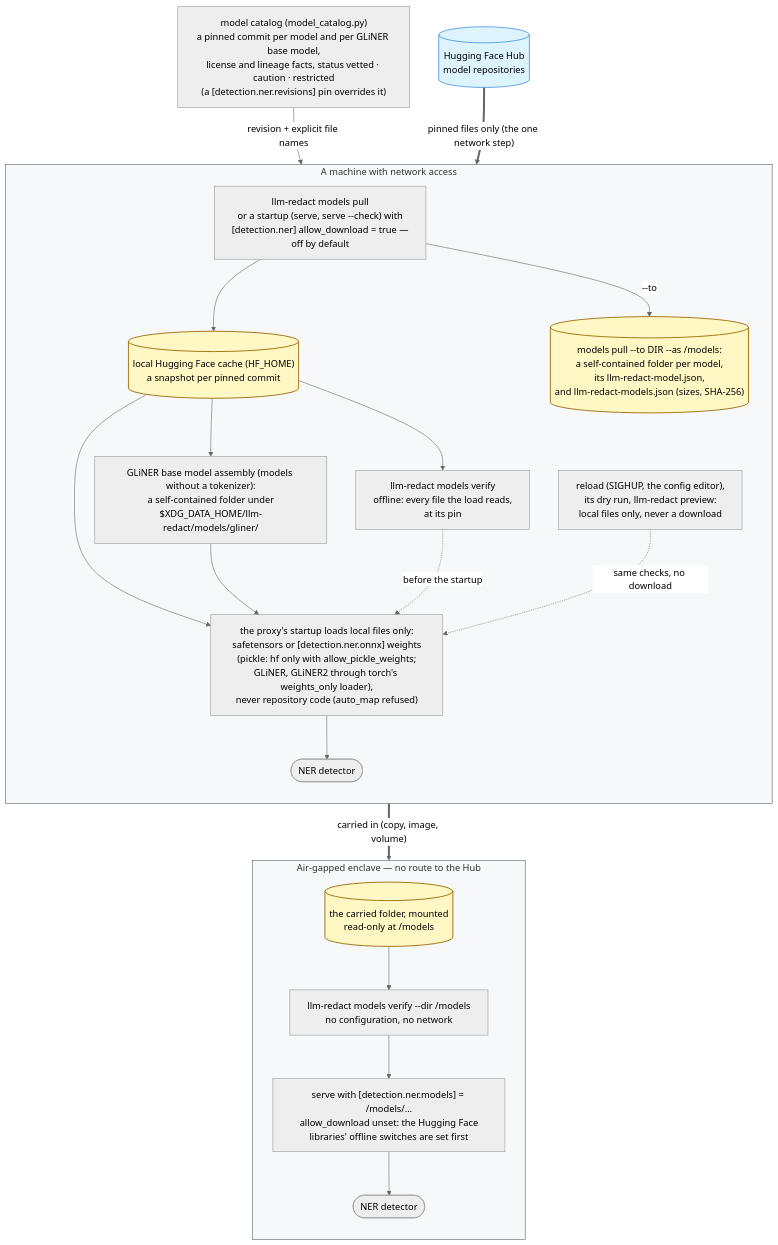
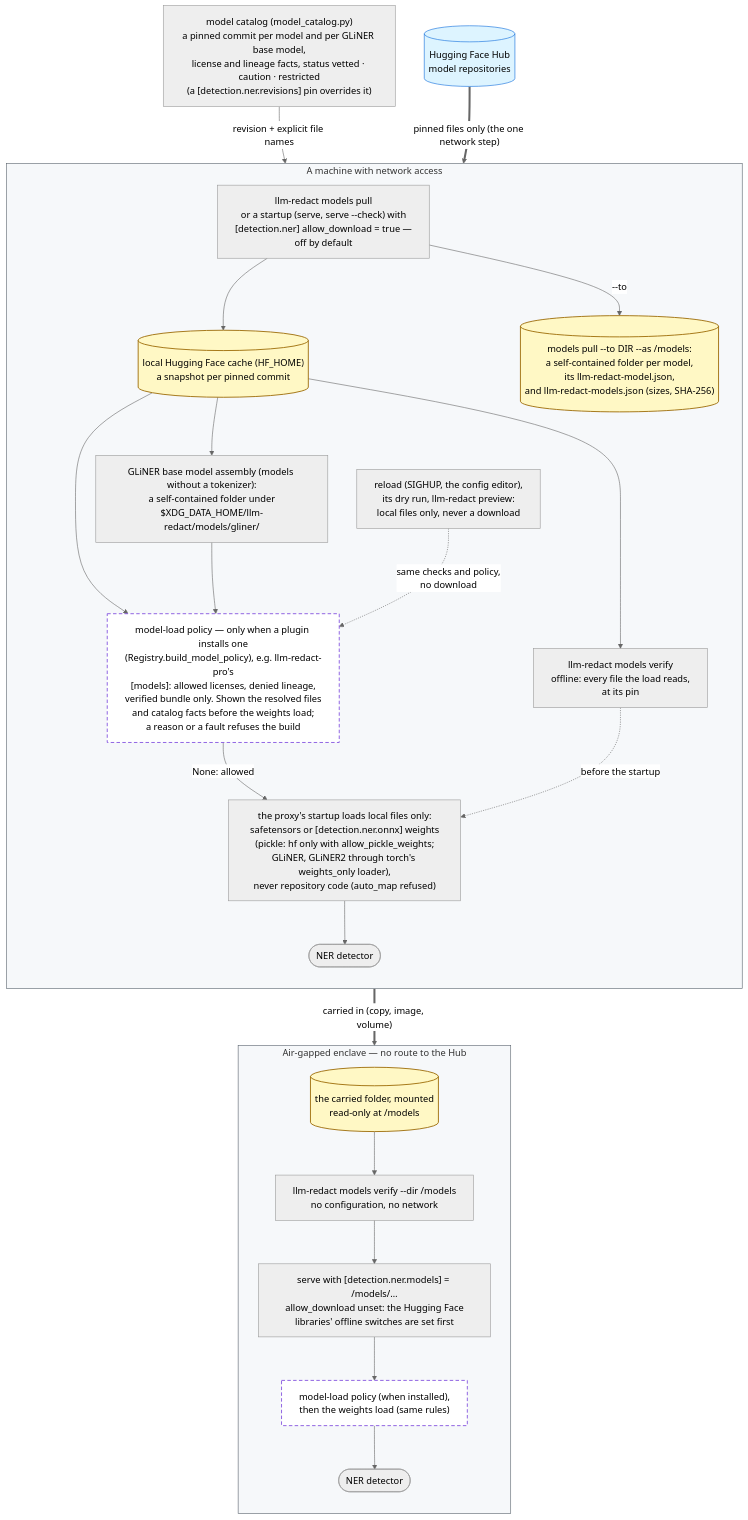
The diagram in docs/diagrams/model-supply-chain.mmd (asanderson/llm-redact), drawn with Mermaid (neutral theme) before and after one commit. The commit also changed 11 other files, not shown here.

First line of the commit message:
T39d: Diagram model governance in the public core

```diff
--- a/docs/diagrams/model-supply-chain.mmd
+++ b/docs/diagrams/model-supply-chain.mmd
@@ -1,56 +1,66 @@
 %% Where the weights of an NER model (backends gliner, gliner2, hf) come from
 %% and how they reach the detector: the model catalog's pins, the one step
 %% that may download (`llm-redact models pull`, or a startup with
 %% [detection.ner] allow_download = true), the local Hugging Face cache, the
-%% offline checks and the load. Beside it the air-gap path: portable folders
-%% written on a connected machine, carried in and verified inside the enclave.
+%% offline checks, the model-load policy a plugin may install (asked once the
+%% files are resolved, before the weights load; none in the Free core) and the
+%% load. Beside it the air-gap path: portable folders written on a connected
+%% machine, carried in and verified inside the enclave.
 %% Code: detection/model_catalog.py, model_files.py, model_sources.py,
-%% model_manifest.py; models_cli.py. Prose: docs/detection.md "Model sources".
+%% model_manifest.py; models_cli.py; engine.check_model_policy,
+%% Registry.build_model_policy. Prose: docs/detection.md "Model sources" and
+%% "Model-load policies (plugins)".
 %% Render: scripts/render_diagrams.sh (PNG committed next to this source).
 %%{init: {"flowchart": {"wrappingWidth": 340}}}%%
 flowchart TB
     hub[("Hugging Face Hub<br/>model repositories")]
     catalog["model catalog (model_catalog.py)<br/>a pinned commit per model and per GLiNER base model,<br/>license and lineage facts, status vetted · caution · restricted<br/>(a [detection.ner.revisions] pin overrides it)"]
 
     subgraph connected["A machine with network access"]
         direction TB
         pull["llm-redact models pull<br/>or a startup (serve, serve --check) with<br/>[detection.ner] allow_download = true —<br/>off by default"]
         cache[("local Hugging Face cache (HF_HOME)<br/>a snapshot per pinned commit")]
         assemble["GLiNER base model assembly (models without a tokenizer):<br/>a self-contained folder under<br/>$XDG_DATA_HOME/llm-redact/models/gliner/"]
         verify["llm-redact models verify<br/>offline: every file the load reads,<br/>at its pin"]
         load["the proxy's startup loads local files only:<br/>safetensors or [detection.ner.onnx] weights<br/>(pickle: hf only with allow_pickle_weights;<br/>GLiNER, GLiNER2 through torch's weights_only loader),<br/>never repository code (auto_map refused)"]
+        policy["model-load policy — only when a plugin installs one<br/>(Registry.build_model_policy), e.g. llm-redact-pro's<br/>[models]: allowed licenses, denied lineage,<br/>verified bundle only. Shown the resolved files<br/>and catalog facts before the weights load;<br/>a reason or a fault refuses the build"]
         reload["reload (SIGHUP, the config editor),<br/>its dry run, llm-redact preview:<br/>local files only, never a download"]
         detector(["NER detector"])
         portable[("models pull --to DIR --as /models:<br/>a self-contained folder per model,<br/>its llm-redact-model.json,<br/>and llm-redact-models.json (sizes, SHA-256)")]
     end
 
     subgraph enclave["Air-gapped enclave — no route to the Hub"]
         direction TB
         carried[("the carried folder, mounted<br/>read-only at /models")]
         verifydir["llm-redact models verify --dir /models<br/>no configuration, no network"]
         loadE["serve with [detection.ner.models] = /models/…<br/>allow_download unset: the Hugging Face<br/>libraries' offline switches are set first"]
+        policyE["model-load policy (when installed),<br/>then the weights load (same rules)"]
         detectorE(["NER detector"])
     end
 
     catalog -- "revision + explicit file names" --> pull
     hub == "pinned files only (the one network step)" ==> pull
     pull --> cache
     cache --> assemble
     cache --> verify
-    cache --> load
-    assemble --> load
+    cache --> policy
+    assemble --> policy
+    policy -- "None: allowed" --> load
     verify -. "before the startup" .-> load
-    reload -. "same checks, no download" .-> load
+    reload -. "same checks and policy,<br/>no download" .-> policy
     load --> detector
     pull -- "--to" --> portable
     portable == "carried in (copy, image, volume)" ==> carried
     carried --> verifydir
     verifydir --> loadE
-    loadE --> detectorE
+    loadE --> policyE
+    policyE --> detectorE
 
     classDef boundary fill:#f6f8fa,stroke:#57606a,stroke-width:1px;
     classDef store fill:#fff8c5,stroke:#9a6700,stroke-width:1.5px;
     classDef upstream fill:#ddf4ff,stroke:#0969da,stroke-width:1px;
+    classDef seam fill:#ffffff,stroke:#8250df,stroke-width:1.5px,stroke-dasharray:6 4;
     class connected,enclave boundary;
+    class policy,policyE seam;
     class cache,portable,carried store;
     class hub upstream;
```
